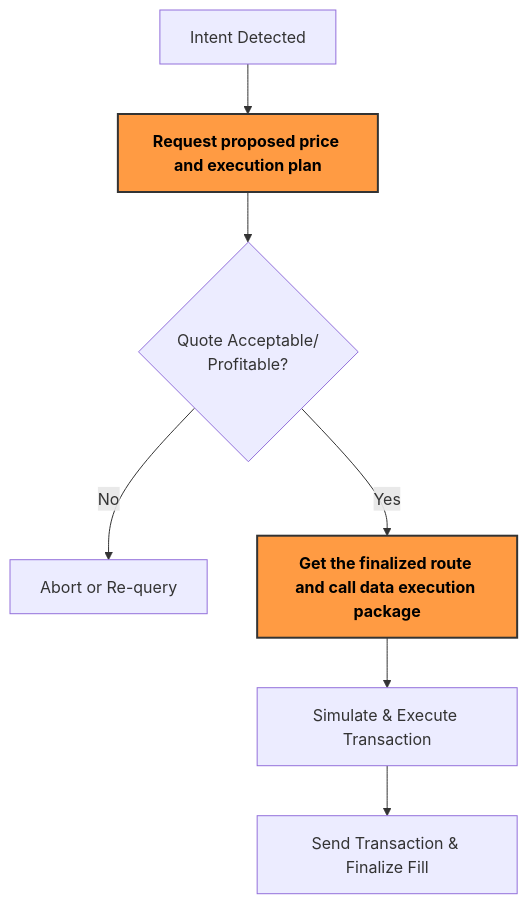
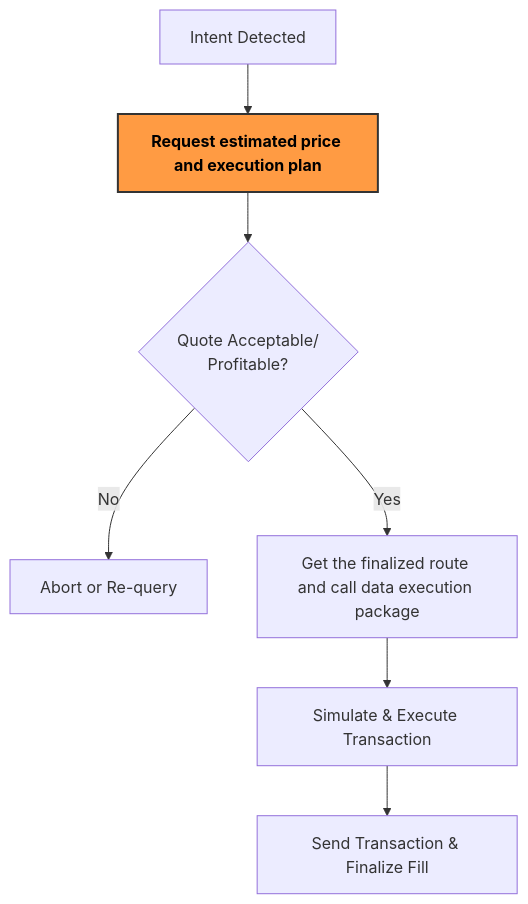
The diagram in docs/docs/03-Solve/index.md (sprintertech/sprinter-sdk), drawn with Mermaid before and after one commit. The commit also changed 12 other files, not shown here.

````diff
--- a/docs/docs/03-Solve/index.md
+++ b/docs/docs/03-Solve/index.md
@@ -22,15 +22,13 @@
 ```mermaid
 flowchart TD
-  A[Intent Detected] --> B[Request proposed price and execution plan]
+  A[Intent Detected] --> B[Request estimated price and execution plan]
   B --> C{Quote Acceptable/<br>Profitable?}
   C -- No --> D[Abort or Re-query]
   C -- Yes --> E[Get the finalized route and call data execution package]
   E --> F[Simulate & Execute Transaction]
   F --> G[Send Transaction & Finalize Fill]
 
-click B "solve-get-quote" "Borrow Cost"
+
+click B "solve-get-route-v2" "Borrow Quote"
 style B fill:#FF9B43,stroke:#333,stroke-width:2px,color:#000,font-weight:bold
-
-click E "solve-get-route-v2" "Borrow Quote"
-style E fill:#FF9B43,stroke:#333,stroke-width:2px,color:#000,font-weight:bold
 ```
````
